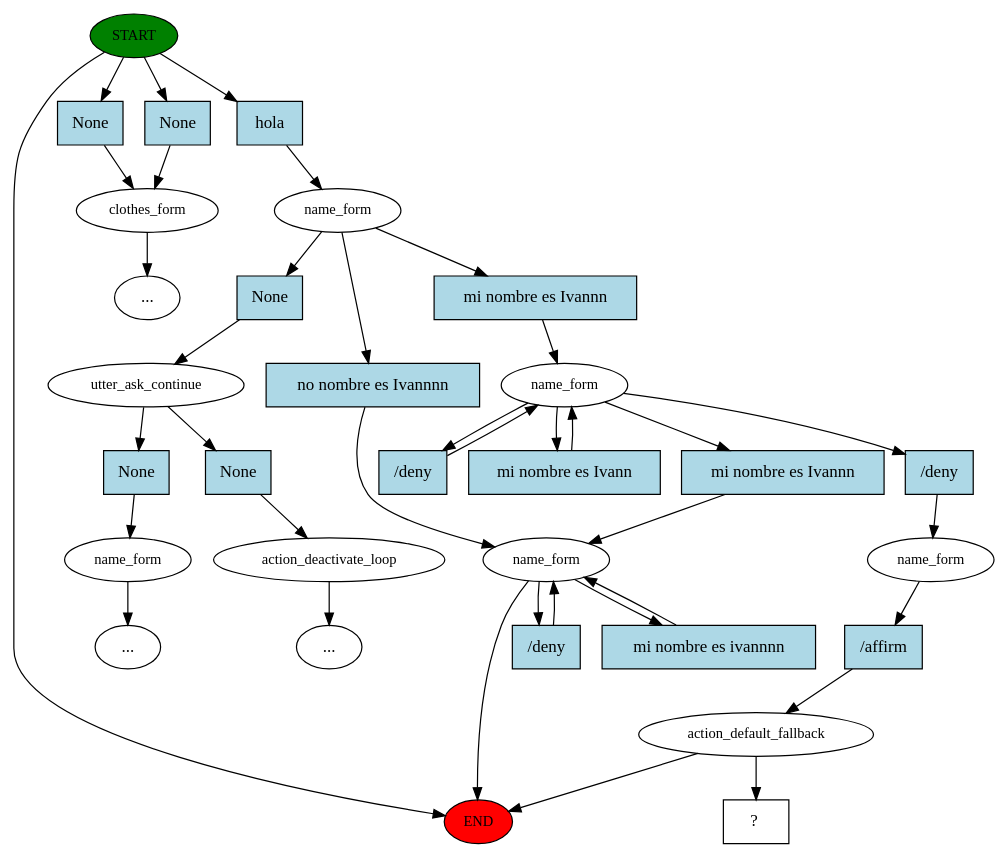
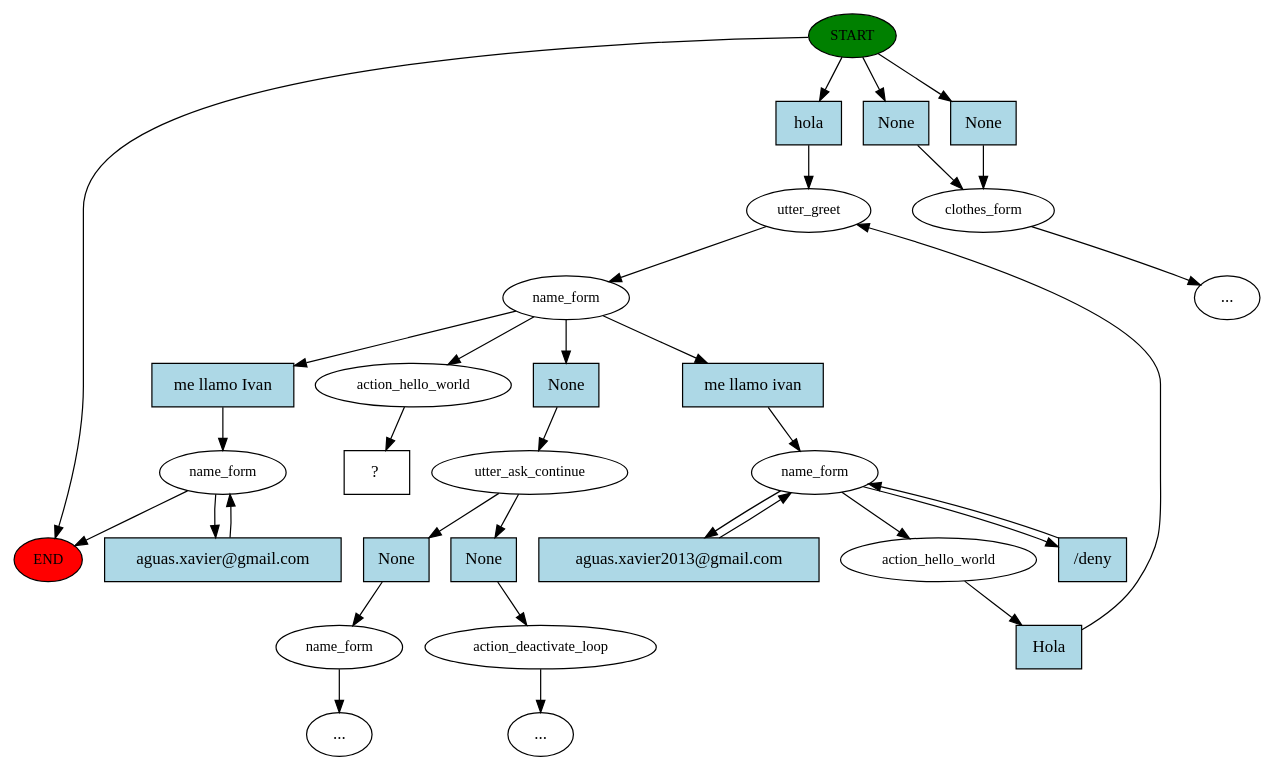
One commit to kabirivan/Ecommerce-Assistant-Jasmine changed the diagram in story_graph.dot. Above: the diagram before and after it, drawn with Graphviz. The commit also changed 4 other files, not shown here.

```diff
--- a/story_graph.dot
+++ b/story_graph.dot
@@ -1,69 +1,63 @@
 digraph  {
 0 [class="start active", fillcolor=green, fontsize=12, label=START, style=filled];
 "-1" [class=end, fillcolor=red, fontsize=12, label=END, style=filled];
 1 [class="", fontsize=12, label=clothes_form];
 "-5" [class=ellipsis, label="..."];
-4 [class=active, fontsize=12, label=name_form];
-5 [class="", fontsize=12, label=utter_ask_continue];
-6 [class="", fontsize=12, label=name_form];
+4 [class=active, fontsize=12, label=utter_greet];
+5 [class=active, fontsize=12, label=name_form];
+6 [class="", fontsize=12, label=utter_ask_continue];
+7 [class="", fontsize=12, label=name_form];
 "-6" [class=ellipsis, label="..."];
-9 [class="", fontsize=12, label=action_deactivate_loop];
+11 [class="", fontsize=12, label=action_deactivate_loop];
 "-7" [class=ellipsis, label="..."];
-11 [class="", fontsize=12, label=name_form];
-16 [class=active, fontsize=12, label=name_form];
-28 [class=active, fontsize=12, label=name_form];
-29 [class=active, fontsize=12, label=action_default_fallback];
-35 [class="intent dashed active", label="  ?  ", shape=rect];
-36 [class=intent, fillcolor=lightblue, label=None, shape=rect, style=filled];
-37 [class=intent, fillcolor=lightblue, label=None, shape=rect, style=filled];
-38 [class="intent active", fillcolor=lightblue, label=hola, shape=rect, style=filled];
-39 [class=intent, fillcolor=lightblue, label=None, shape=rect, style=filled];
-40 [class=intent, fillcolor=lightblue, label="no nombre es Ivannnn", shape=rect, style=filled];
-41 [class="intent active", fillcolor=lightblue, label="mi nombre es Ivannn", shape=rect, style=filled];
-42 [class=intent, fillcolor=lightblue, label=None, shape=rect, style=filled];
-43 [class=intent, fillcolor=lightblue, label=None, shape=rect, style=filled];
-44 [class=intent, fillcolor=lightblue, label="/deny", shape=rect, style=filled];
-45 [class=intent, fillcolor=lightblue, label="mi nombre es ivannnn", shape=rect, style=filled];
-46 [class="intent active", fillcolor=lightblue, label="/deny", shape=rect, style=filled];
-47 [class=intent, fillcolor=lightblue, label="mi nombre es Ivann", shape=rect, style=filled];
-48 [class=intent, fillcolor=lightblue, label="mi nombre es Ivannn", shape=rect, style=filled];
-49 [class="intent active", fillcolor=lightblue, label="/deny", shape=rect, style=filled];
-50 [class="intent active", fillcolor=lightblue, label="/affirm", shape=rect, style=filled];
+14 [class="", fontsize=12, label=name_form];
+18 [class=active, fontsize=12, label=name_form];
+22 [class=active, fontsize=12, label=action_hello_world];
+25 [class=active, fontsize=12, label=action_hello_world];
+26 [class="intent dashed active", label="  ?  ", shape=rect];
+27 [class=intent, fillcolor=lightblue, label=None, shape=rect, style=filled];
+28 [class=intent, fillcolor=lightblue, label=None, shape=rect, style=filled];
+29 [class="intent active", fillcolor=lightblue, label=hola, shape=rect, style=filled];
+30 [class=intent, fillcolor=lightblue, label=None, shape=rect, style=filled];
+31 [class=intent, fillcolor=lightblue, label="me llamo Ivan", shape=rect, style=filled];
+32 [class="intent active", fillcolor=lightblue, label="me llamo ivan", shape=rect, style=filled];
+33 [class=intent, fillcolor=lightblue, label=None, shape=rect, style=filled];
+34 [class=intent, fillcolor=lightblue, label=None, shape=rect, style=filled];
+35 [class=intent, fillcolor=lightblue, label="aguas.xavier@gmail.com", shape=rect, style=filled];
+36 [class="intent active", fillcolor=lightblue, label="/deny", shape=rect, style=filled];
+37 [class="intent active", fillcolor=lightblue, label="aguas.xavier2013@gmail.com", shape=rect, style=filled];
+38 [class="intent active", fillcolor=lightblue, label=Hola, shape=rect, style=filled];
 0 -> "-1"  [class="", key=NONE, label=""];
-0 -> 36  [class="", key=0];
-0 -> 37  [class="", key=0];
-0 -> 38  [class=active, key=0];
+0 -> 27  [class="", key=0];
+0 -> 28  [class="", key=0];
+0 -> 29  [class=active, key=0];
 1 -> "-5"  [class="", key=NONE, label=""];
-4 -> 39  [class="", key=0];
-4 -> 40  [class="", key=0];
-4 -> 41  [class=active, key=0];
-5 -> 42  [class="", key=0];
-5 -> 43  [class="", key=0];
-6 -> "-6"  [class="", key=NONE, label=""];
-9 -> "-7"  [class="", key=NONE, label=""];
-11 -> "-1"  [class="", key=NONE, label=""];
-11 -> 44  [class="", key=0];
-11 -> 45  [class="", key=0];
-16 -> 46  [class=active, key=0];
-16 -> 47  [class="", key=0];
-16 -> 48  [class="", key=0];
-16 -> 49  [class=active, key=0];
-28 -> 50  [class=active, key=0];
-29 -> "-1"  [class="", key=NONE, label=""];
-29 -> 35  [class=active, key=NONE, label=""];
-36 -> 1  [class="", key=0];
-37 -> 1  [class="", key=0];
+4 -> 5  [class=active, key=NONE, label=""];
+5 -> 25  [class=active, key=NONE, label=""];
+5 -> 30  [class="", key=0];
+5 -> 31  [class="", key=0];
+5 -> 32  [class=active, key=0];
+6 -> 33  [class="", key=0];
+6 -> 34  [class="", key=0];
+7 -> "-6"  [class="", key=NONE, label=""];
+11 -> "-7"  [class="", key=NONE, label=""];
+14 -> "-1"  [class="", key=NONE, label=""];
+14 -> 35  [class="", key=0];
+18 -> 22  [class=active, key=NONE, label=""];
+18 -> 36  [class=active, key=0];
+18 -> 37  [class=active, key=0];
+22 -> 38  [class=active, key=0];
+25 -> 26  [class=active, key=NONE, label=""];
+27 -> 1  [class="", key=0];
+28 -> 1  [class="", key=0];
+29 -> 4  [class=active, key=0];
+30 -> 6  [class="", key=0];
+31 -> 14  [class="", key=0];
+32 -> 18  [class=active, key=0];
+33 -> 7  [class="", key=0];
+34 -> 11  [class="", key=0];
+35 -> 14  [class="", key=0];
+36 -> 18  [class=active, key=0];
+37 -> 18  [class=active, key=0];
 38 -> 4  [class=active, key=0];
-39 -> 5  [class="", key=0];
-40 -> 11  [class="", key=0];
-41 -> 16  [class=active, key=0];
-42 -> 6  [class="", key=0];
-43 -> 9  [class="", key=0];
-44 -> 11  [class="", key=0];
-45 -> 11  [class="", key=0];
-46 -> 16  [class=active, key=0];
-47 -> 16  [class="", key=0];
-48 -> 11  [class="", key=0];
-49 -> 28  [class=active, key=0];
-50 -> 29  [class=active, key=0];
 }
```
